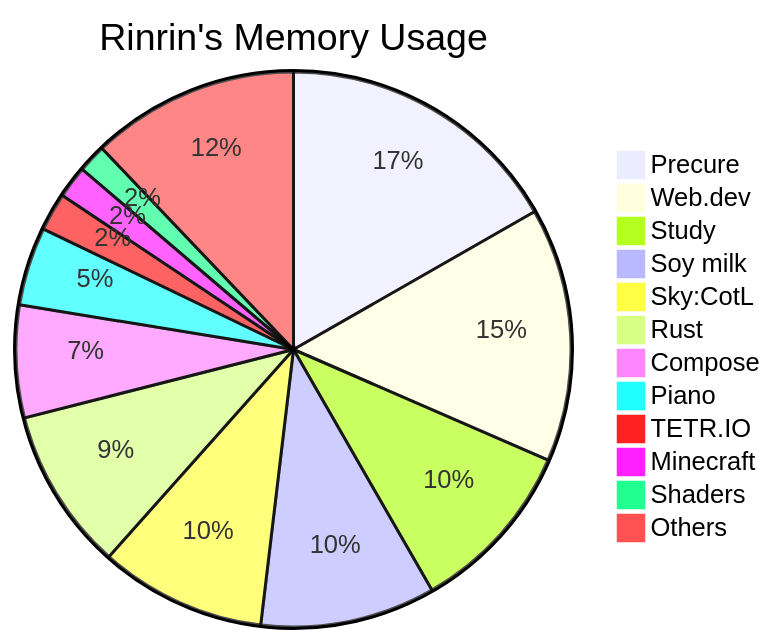
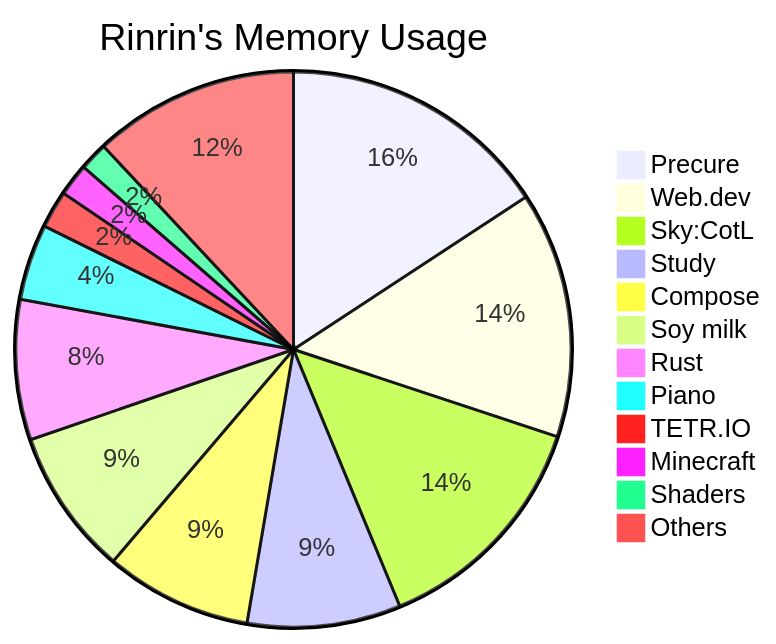
The diagram in README.md (Rinrin0413/Rinrin0413), drawn with Mermaid before and after one commit.

Commit message:
🛠 Update: Rinrin's Memory Usage

````diff
--- a/README.md
+++ b/README.md
@@ -75,15 +75,15 @@
 ```mermaid
 pie title Rinrin's Memory Usage
-    "Precure": 568
-    "Web.dev": 502
-    "Study": 345
-    "Soy milk": 346
-    "Sky:CotL": 329
-    "Rust": 321
-    "Compose": 222
-    "Piano": 155
-    "TETR.IO": 75
+    "Precure": 535
+    "Web.dev": 486
+    "Sky:CotL": 464
+    "Study": 303
+    "Compose": 290
+    "Soy milk": 289
+    "Rust": 277
+    "Piano": 150
+    "TETR.IO": 74
     "Minecraft": 64
     "Shaders": 56
-    "Others": 411
+    "Others": 406
 ```
````
